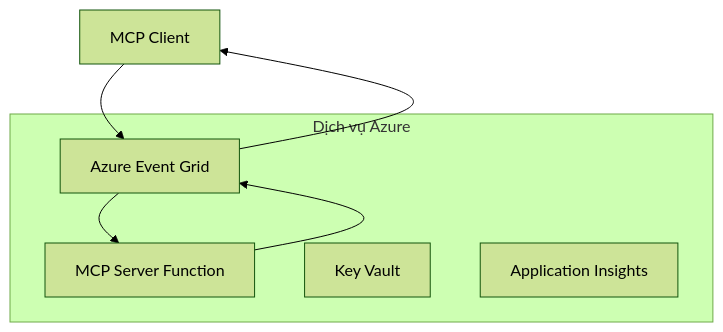
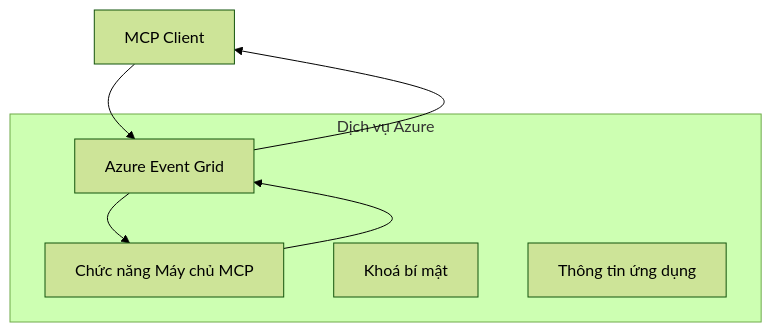
The first of 2 diagrams in mcp_ecosystem__model_context_protocol/mcp_learning_resources/mcp-for-beginners/translations/vi/05-AdvancedTopics/mcp-transport/README.md (HIDORAKAI002/ai-workspace-archive), drawn with Mermaid (forest theme) before and after one commit. The commit also changed other lines of this file and 1539 other files, not shown here.

````diff
--- a/mcp_ecosystem__model_context_protocol/mcp_learning_resources/mcp-for-beginners/translations/vi/05-AdvancedTopics/mcp-transport/README.md
+++ b/mcp_ecosystem__model_context_protocol/mcp_learning_resources/mcp-for-beginners/translations/vi/05-AdvancedTopics/mcp-transport/README.md
@@ -58,14 +58,14 @@
 ```mermaid
 graph TB
     Client[MCP Client] --> EG[Azure Event Grid]
-    EG --> Server[MCP Server Function]
+    EG --> Server[Chức năng Máy chủ MCP]
     Server --> EG
     EG --> Client
     
     subgraph "Dịch vụ Azure"
         EG
         Server
-        KV[Key Vault]
-        Monitor[Application Insights]
+        KV[Khoá bí mật]
+        Monitor[Thông tin ứng dụng]
     end
 ```
````
